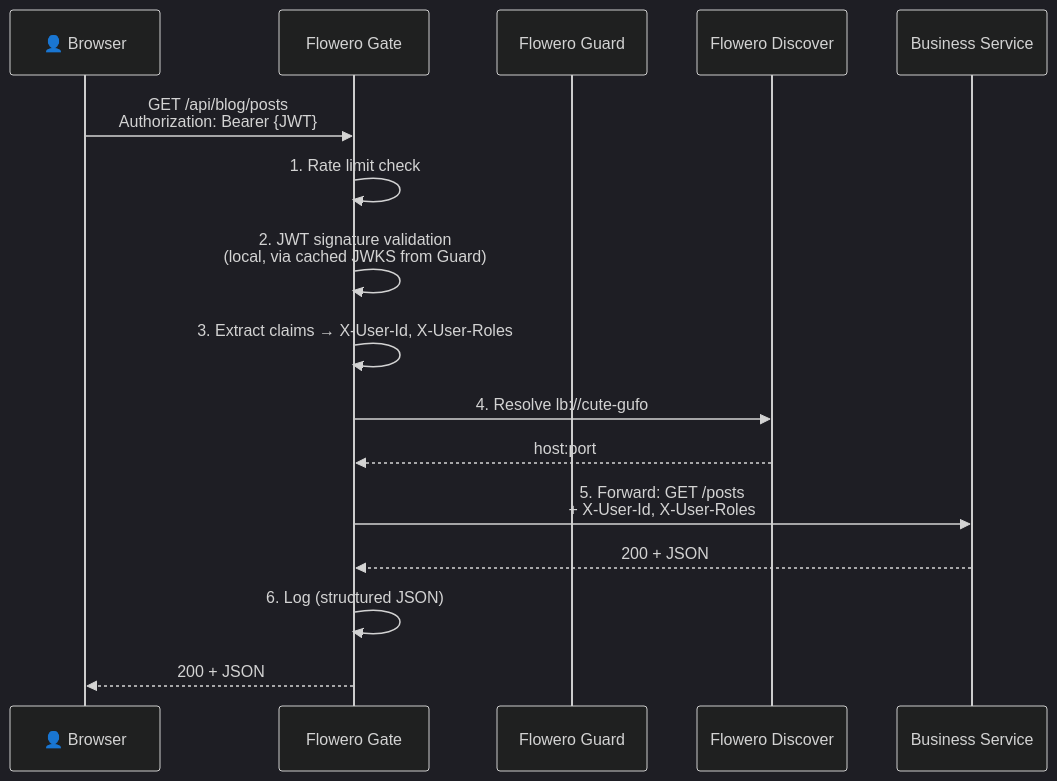
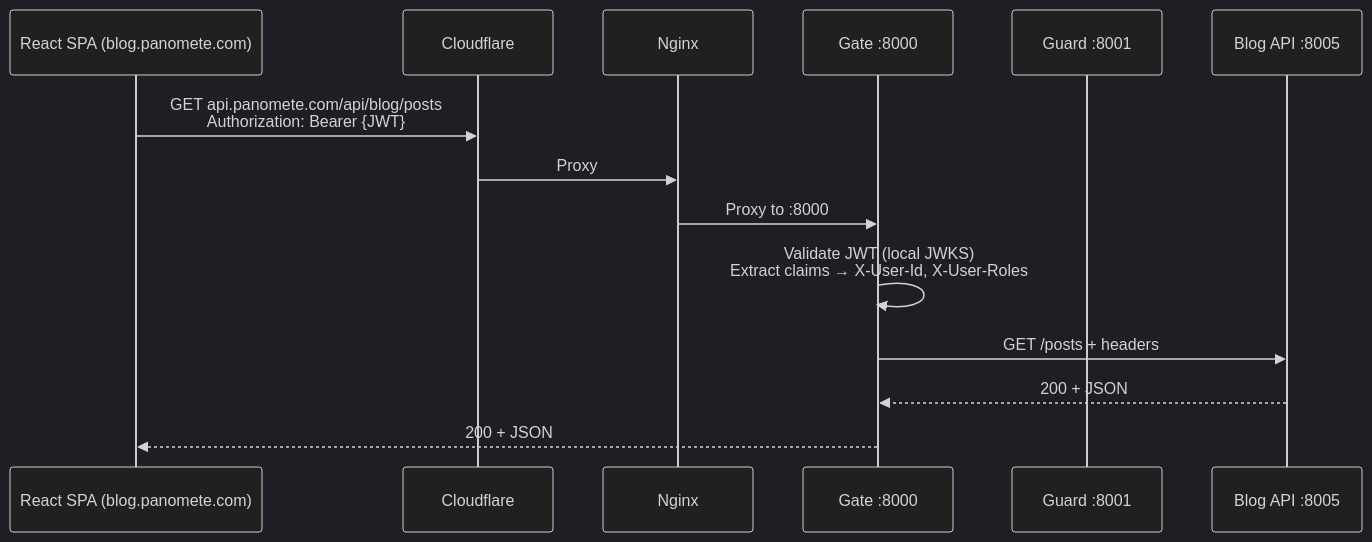
Before and after one commit to oat431/project_spec: the diagram in spec/panomete_platform/02_design/029_architecture_overview.md, drawn with Mermaid (dark theme). The commit also changed other lines of this file and 12 other files, not shown here.

````diff
--- a/spec/panomete_platform/02_design/029_architecture_overview.md
+++ b/spec/panomete_platform/02_design/029_architecture_overview.md
@@ -89,19 +80,17 @@
 ```mermaid
 sequenceDiagram
-    participant U as 👤 Browser
-    participant G as Flowero Gate
-    participant K as Flowero Guard
-    participant E as Flowero Discover
-    participant S as Business Service
+    participant FE as React SPA (blog.panomete.com)
+    participant CF as Cloudflare
+    participant NG as Nginx
+    participant G as Gate :8000
+    participant KC as Guard :8001
+    participant S as Blog API :8005
 
-    U->>G: GET /api/blog/posts<br>Authorization: Bearer {JWT}
-    G->>G: 1. Rate limit check
-    G->>G: 2. JWT signature validation<br>(local, via cached JWKS from Guard)
-    G->>G: 3. Extract claims → X-User-Id, X-User-Roles
-    G->>E: 4. Resolve lb://cute-gufo
-    E-->>G: host:port
-    G->>S: 5. Forward: GET /posts<br>+ X-User-Id, X-User-Roles
+    FE->>CF: GET api.panomete.com/api/blog/posts<br>Authorization: Bearer {JWT}
+    CF->>NG: Proxy
+    NG->>G: Proxy to :8000
+    G->>G: Validate JWT (local JWKS)<br>Extract claims → X-User-Id, X-User-Roles
+    G->>S: GET /posts + headers
     S-->>G: 200 + JSON
-    G->>G: 6. Log (structured JSON)
-    G-->>U: 200 + JSON
+    G-->>FE: 200 + JSON
 ```
````
